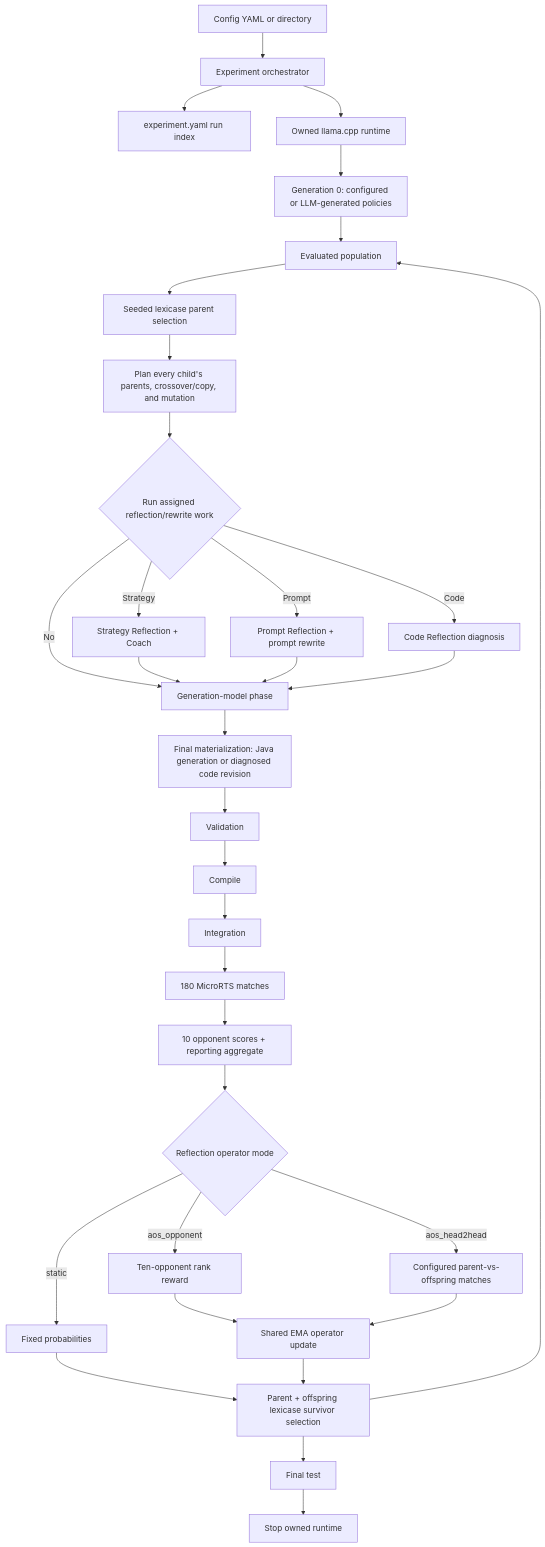
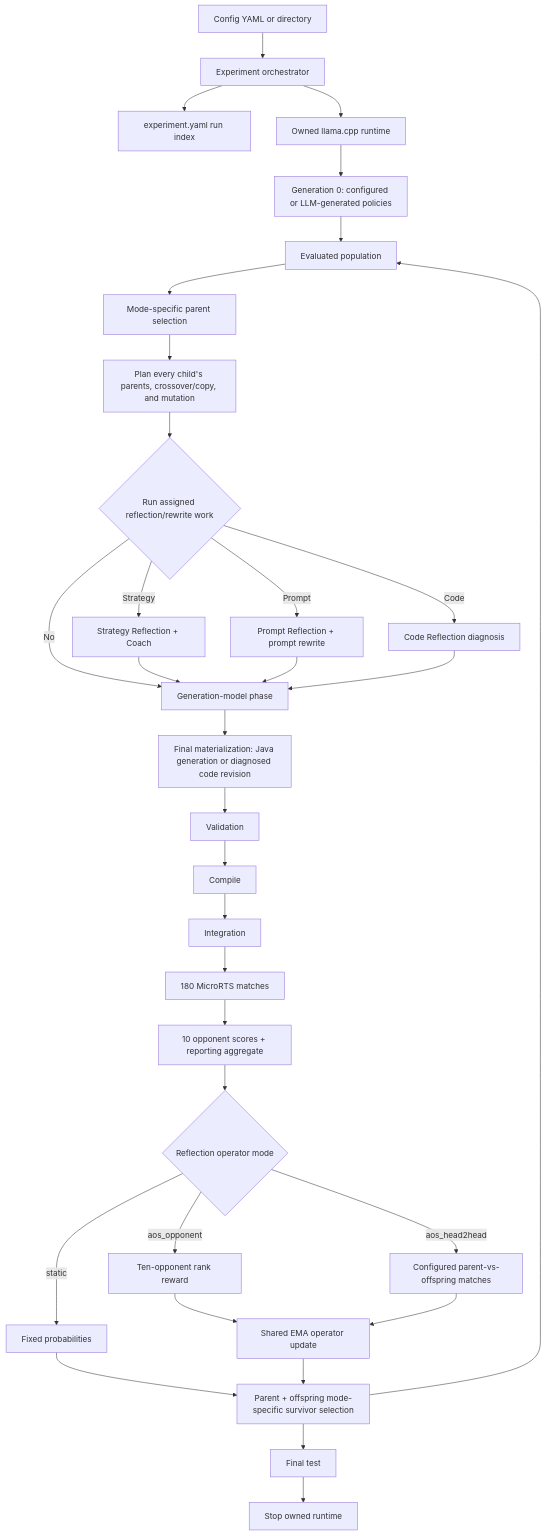
Before and after one commit to sophie8909/EAGLE: the diagram in docs/architecture/overview.md, drawn with Mermaid. The commit also changed other lines of this file and 32 other files, not shown here.

````diff
--- a/docs/architecture/overview.md
+++ b/docs/architecture/overview.md
@@ -27,32 +28,32 @@
 ```mermaid
 flowchart TD
     CFG["Config YAML or directory"] --> L["Experiment orchestrator"]
     L --> RI["experiment.yaml run index"]
     L --> RT["Owned llama.cpp runtime"]
     RT --> Z["Generation 0: configured or LLM-generated policies"]
     Z --> P
-    P["Evaluated population"] --> S["Seeded lexicase parent selection"]
+    P["Evaluated population"] --> S["Mode-specific parent selection"]
     S --> X["Plan every child's parents, crossover/copy, and mutation"]
     X --> M{"Run assigned reflection/rewrite work"}
     M -->|Strategy| SR["Strategy Reflection + Coach"]
     M -->|Prompt| PR["Prompt Reflection + prompt rewrite"]
     M -->|Code| CR["Code Reflection diagnosis"]
     M -->|No| SW["Generation-model phase"]
     SR --> SW
     PR --> SW
     CR --> SW
     SW --> G["Final materialization: Java generation or diagnosed code revision"]
     G --> V["Validation"] --> C["Compile"] --> I["Integration"]
     I --> E["180 MicroRTS matches"]
     E --> O["10 opponent scores + reporting aggregate"]
     O --> R{"Reflection operator mode"}
     R -->|static| F["Fixed probabilities"]
     R -->|aos_opponent| Q["Ten-opponent rank reward"]
     R -->|aos_head2head| H["Configured parent-vs-offspring matches"]
     Q --> A["Shared EMA operator update"]
     H --> A
-    F --> N["Parent + offspring lexicase survivor selection"]
+    F --> N["Parent + offspring mode-specific survivor selection"]
     A --> N --> P
     N --> FT["Final test"]
     FT --> CL["Stop owned runtime"]
 ```
````
